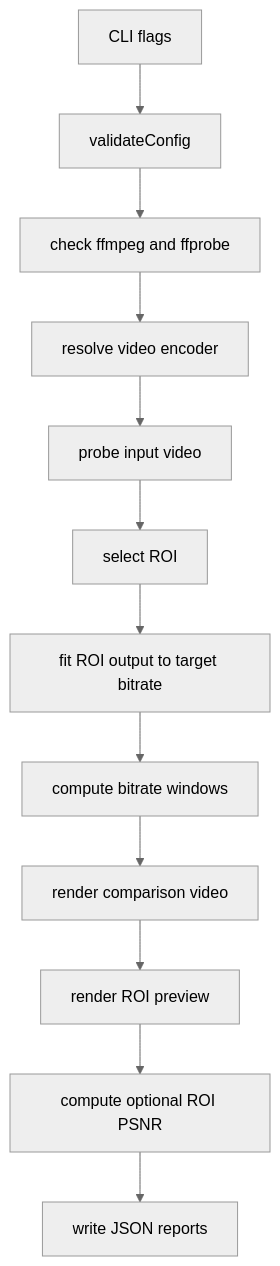
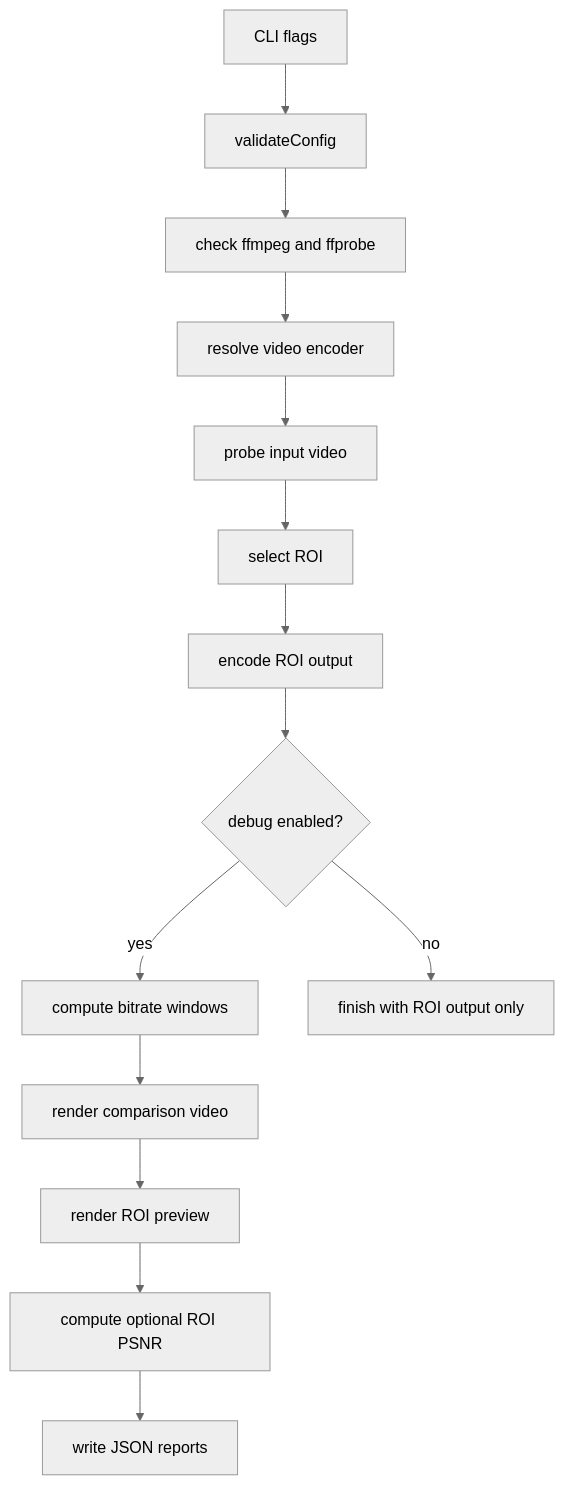
One commit to Manabreaker/ROI_based_video_encoding changed the first of 2 diagrams in docs/overview.md. Above: the diagram before and after it, drawn with Mermaid (neutral theme). The commit also changed other lines of this file and 34 other files, not shown here.

````diff
--- a/docs/overview.md
+++ b/docs/overview.md
@@ -39,14 +39,16 @@
 ```mermaid
 flowchart TD
     A["CLI flags"] --> B["validateConfig"]
     B --> C["check ffmpeg and ffprobe"]
     C --> D["resolve video encoder"]
     D --> E["probe input video"]
     E --> F["select ROI"]
-    F --> G["fit ROI output to target bitrate"]
-    G --> H["compute bitrate windows"]
-    H --> I["render comparison video"]
-    I --> J["render ROI preview"]
-    J --> K["compute optional ROI PSNR"]
-    K --> L["write JSON reports"]
+    F --> G["encode ROI output"]
+    G --> H{"debug enabled?"}
+    H -->|yes| I["compute bitrate windows"]
+    I --> J["render comparison video"]
+    J --> K["render ROI preview"]
+    K --> L["compute optional ROI PSNR"]
+    L --> M["write JSON reports"]
+    H -->|no| N["finish with ROI output only"]
 ```
````
